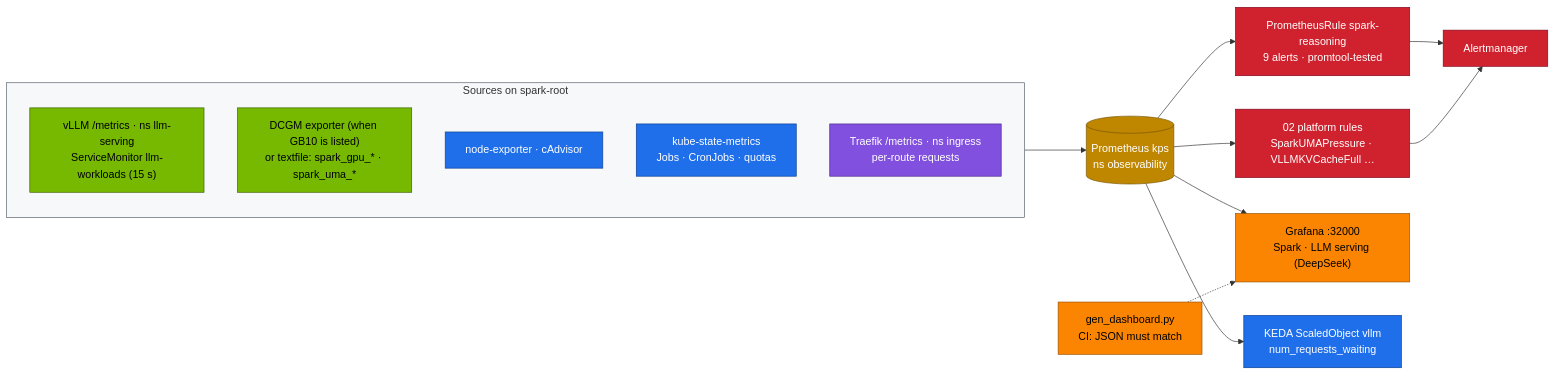
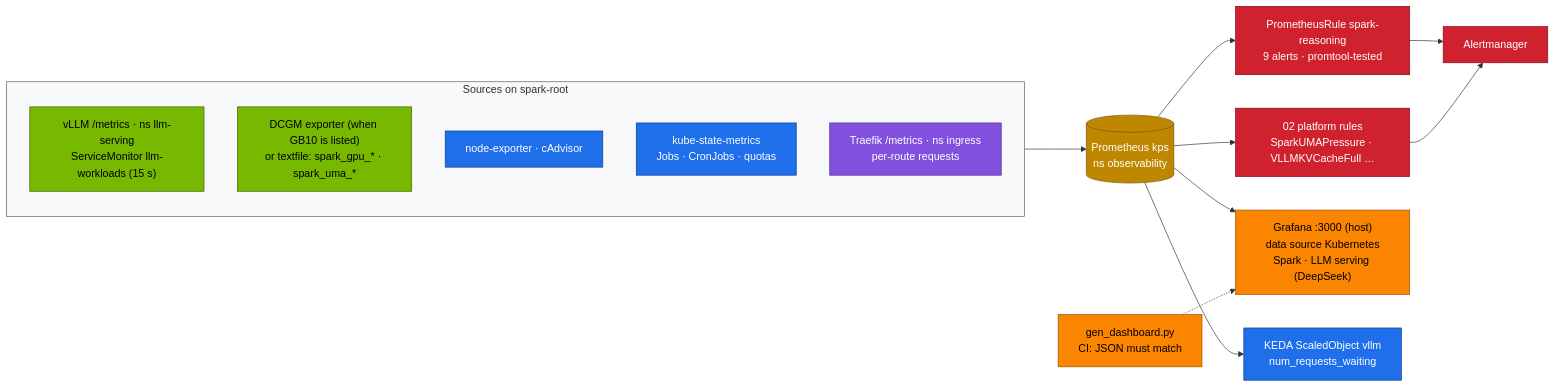
One commit to cloudone365/technical-depth changed the first of 2 diagrams in 03-DeepSeek/16-telemetry.md. Above: the diagram before and after it, drawn with Mermaid. The commit also changed other lines of this file and 13 other files, not shown here.

First line of the commit message:
Docs: open Grafana at :3000 (host, one Grafana) after Ch17 §5.4; DeepSeek dashboard on host too

````diff
--- a/03-DeepSeek/16-telemetry.md
+++ b/03-DeepSeek/16-telemetry.md
@@ -39,32 +39,32 @@
 ```mermaid
 flowchart LR
   subgraph SRC["Sources on spark-root"]
     direction TB
     V["vLLM /metrics · ns llm-serving<br/>ServiceMonitor llm-workloads (15 s)"]
     G["DCGM exporter (when GB10 is listed)<br/>or textfile: spark_gpu_* · spark_uma_*"]
     N["node-exporter · cAdvisor"]
     K["kube-state-metrics<br/>Jobs · CronJobs · quotas"]
     T["Traefik /metrics · ns ingress<br/>per-route requests"]
   end
   SRC --> P[("Prometheus kps<br/>ns observability")]
   P --> R["PrometheusRule spark-reasoning<br/>9 alerts · promtool-tested"]
   P --> R2["02 platform rules<br/>SparkUMAPressure · VLLMKVCacheFull …"]
   R --> AM["Alertmanager"]
   R2 --> AM
-  P --> GF["Grafana :32000<br/>Spark · LLM serving (DeepSeek)"]
+  P --> GF["Grafana :3000 (host)<br/>data source Kubernetes<br/>Spark · LLM serving (DeepSeek)"]
   GEN["gen_dashboard.py<br/>CI: JSON must match"] -.-> GF
   P --> KEDA["KEDA ScaledObject vllm<br/>num_requests_waiting"]
   classDef obs fill:#fb8500,stroke:#9a5000,color:#000
   classDef gpu fill:#76b900,stroke:#3d6000,color:#000
   classDef ctrl fill:#1f6feb,stroke:#0b3d91,color:#fff
   classDef sec fill:#cf222e,stroke:#82071e,color:#fff
   classDef store fill:#bf8700,stroke:#7a5600,color:#fff
   classDef net fill:#8250df,stroke:#4c2889,color:#fff
   class V,G gpu
   class N,K,KEDA ctrl
   class T net
   class P store
   class R,R2,AM sec
   class GF,GEN obs
   style SRC fill:#f6f8fa,stroke:#57606a
 ```
````
